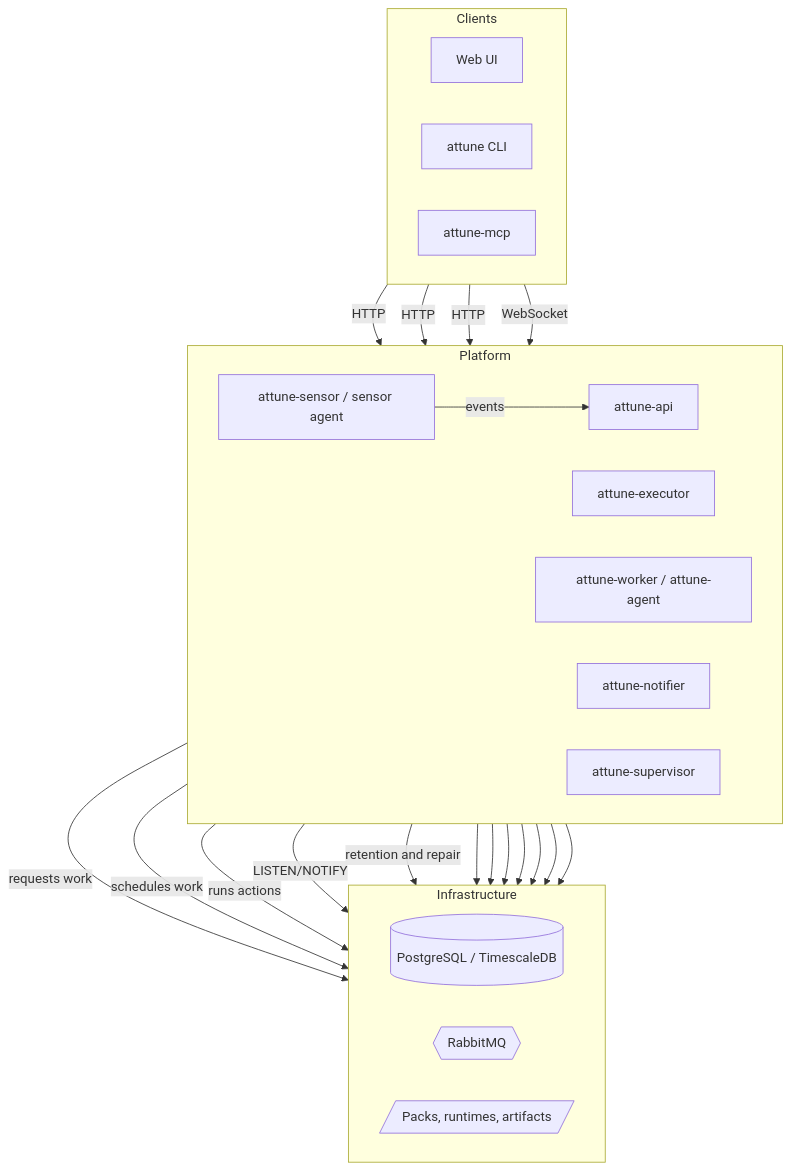
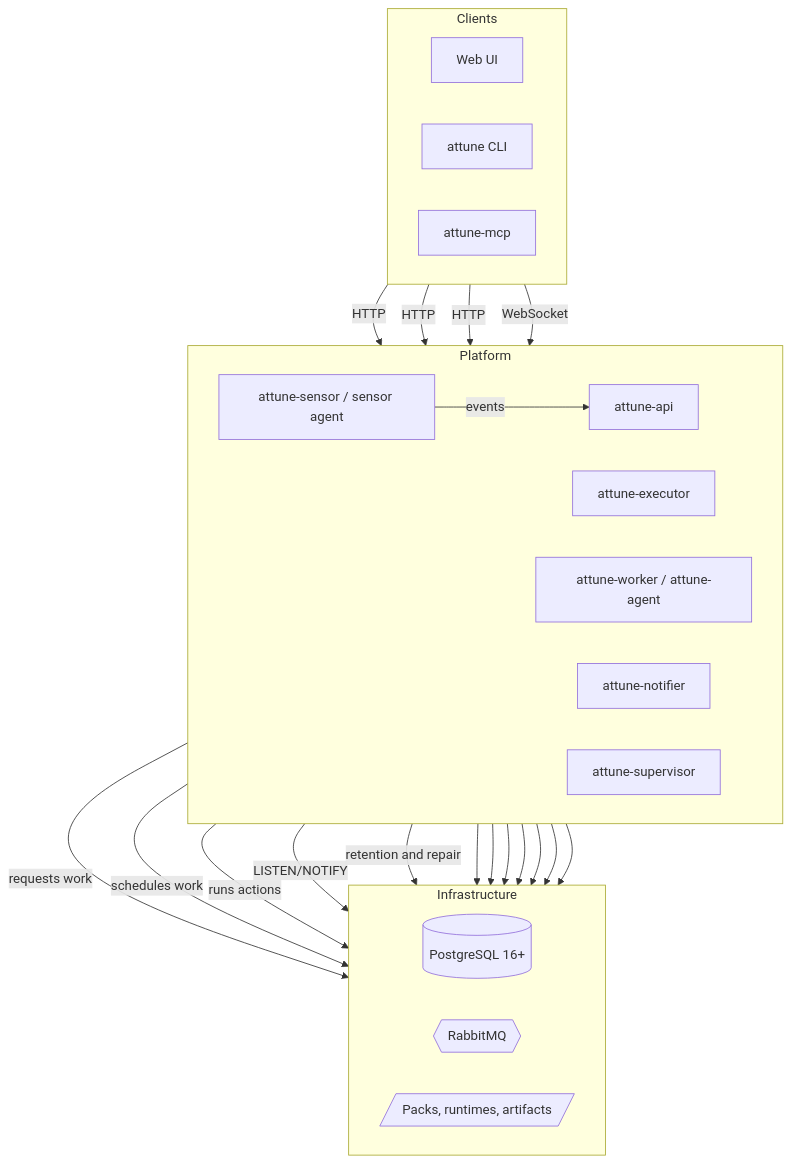
The diagram in src/content/docs/introduction/platform-overview.md (attune-system/attune-docs-site), drawn with Mermaid before and after one commit. The commit also changed other lines of this file and 34 other files, not shown here.

Commit message:
Release documentation 0.1.14 with current contracts and secure diagrams (#12)

````diff
--- a/src/content/docs/introduction/platform-overview.md
+++ b/src/content/docs/introduction/platform-overview.md
@@ -28,47 +28,47 @@
 ```mermaid
 flowchart TD
     subgraph Clients
         direction LR
         WebUI["Web UI"]
         CLI["attune CLI"]
         MCP["attune-mcp"]
     end
 
     subgraph Platform
         direction LR
         API["attune-api"]
         Executor["attune-executor"]
         Worker["attune-worker / attune-agent"]
         Sensor["attune-sensor / sensor agent"]
         Notifier["attune-notifier"]
         Supervisor["attune-supervisor"]
     end
 
     subgraph Infrastructure
         direction LR
-        PG[("PostgreSQL / TimescaleDB")]
+        PG[("PostgreSQL 16+")]
         RMQ{{"RabbitMQ"}}
         Files[/"Packs, runtimes, artifacts"/]
     end
 
     WebUI -->|HTTP| API
     CLI -->|HTTP| API
     MCP -->|HTTP| API
     WebUI -->|WebSocket| Notifier
 
     Sensor -->|events| API
     API -->|requests work| RMQ
     Executor -->|schedules work| RMQ
     Worker -->|runs actions| RMQ
     Notifier -->|LISTEN/NOTIFY| PG
     Supervisor -->|retention and repair| PG
 
     API --> PG
     Executor --> PG
     Worker --> PG
     Sensor --> PG
 
     API --> Files
     Worker --> Files
     Sensor --> Files
 ```
````
